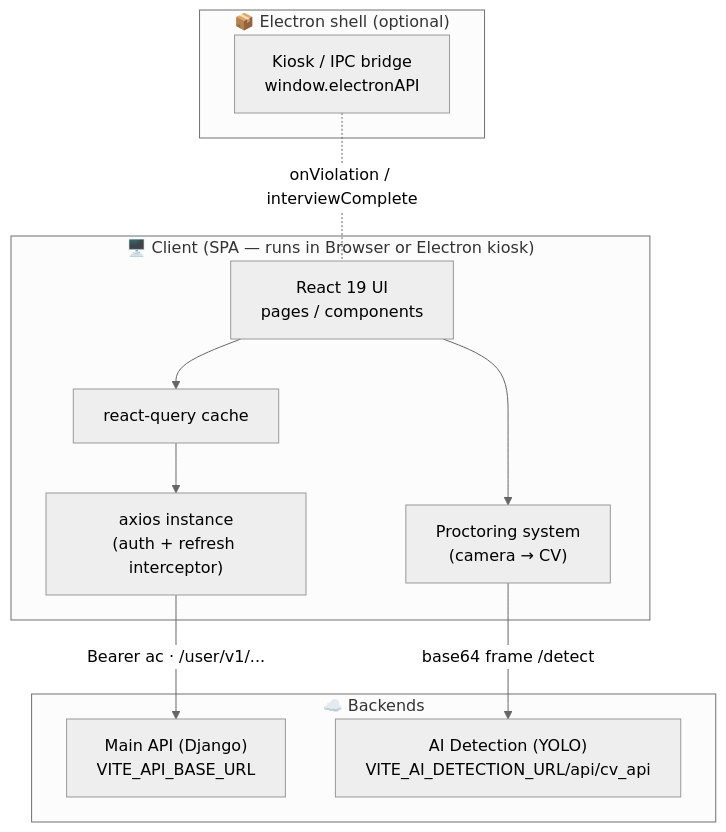
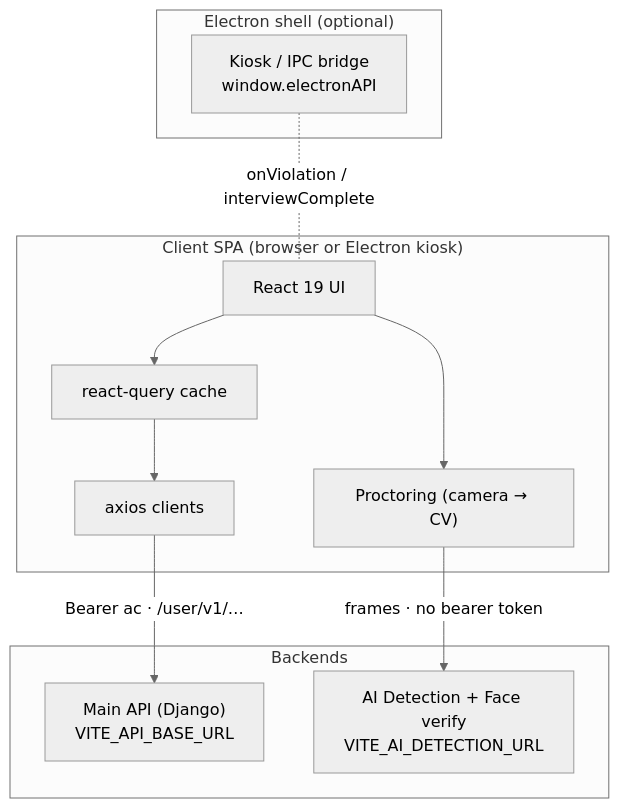
One commit to stepupmark/letshyre-interview changed the first of 3 diagrams in README.md. Above: the diagram before and after it, drawn with Mermaid (neutral theme). The commit also changed other lines of this file, not shown here.

````diff
--- a/README.md
+++ b/README.md
@@ -76,24 +139,24 @@
 ```mermaid
 flowchart TB
-    subgraph Client["🖥️ Client (SPA — runs in Browser or Electron kiosk)"]
-        UI["React 19 UI<br/>pages / components"]
+    subgraph Client["Client SPA (browser or Electron kiosk)"]
+        UI["React 19 UI"]
         RQ["react-query cache"]
-        AX["axios instance<br/>(auth + refresh interceptor)"]
-        PS["Proctoring system<br/>(camera → CV)"]
+        AX["axios clients"]
+        PS["Proctoring (camera → CV)"]
         UI --> RQ --> AX
         UI --> PS
     end
 
-    subgraph Electron["📦 Electron shell (optional)"]
+    subgraph Electron["Electron shell (optional)"]
         Kiosk["Kiosk / IPC bridge<br/>window.electronAPI"]
     end
 
-    subgraph Backends["☁️ Backends"]
+    subgraph Backends["Backends"]
         API["Main API (Django)<br/>VITE_API_BASE_URL"]
-        CV["AI Detection (YOLO)<br/>VITE_AI_DETECTION_URL/api/cv_api"]
+        CV["AI Detection + Face verify<br/>VITE_AI_DETECTION_URL"]
     end
 
-    AX -->|"Bearer ac · /user/v1/..."| API
-    PS -->|"base64 frame /detect"| CV
+    AX -->|"Bearer ac · /user/v1/…"| API
+    PS -->|"frames · no bearer token"| CV
     Kiosk -. "onViolation / interviewComplete" .- UI
 ```
````
